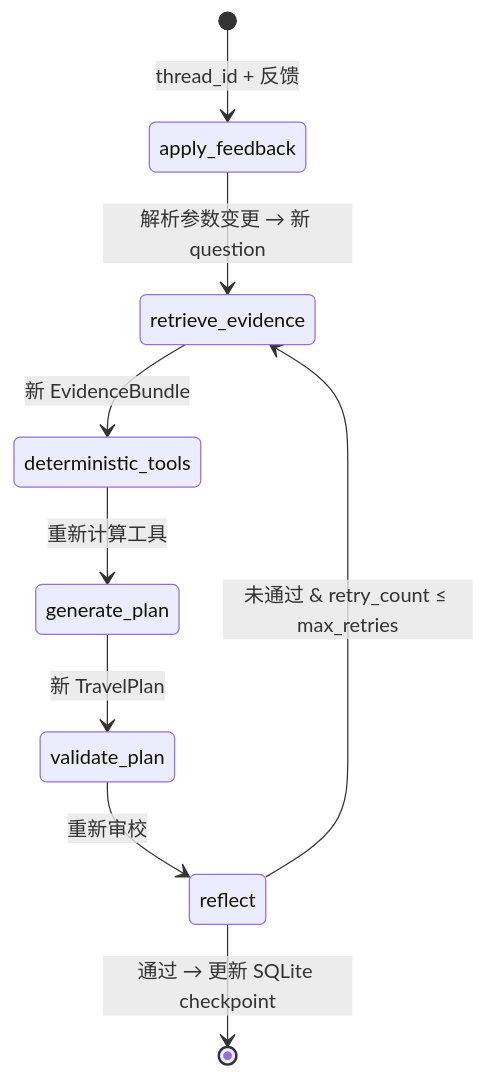
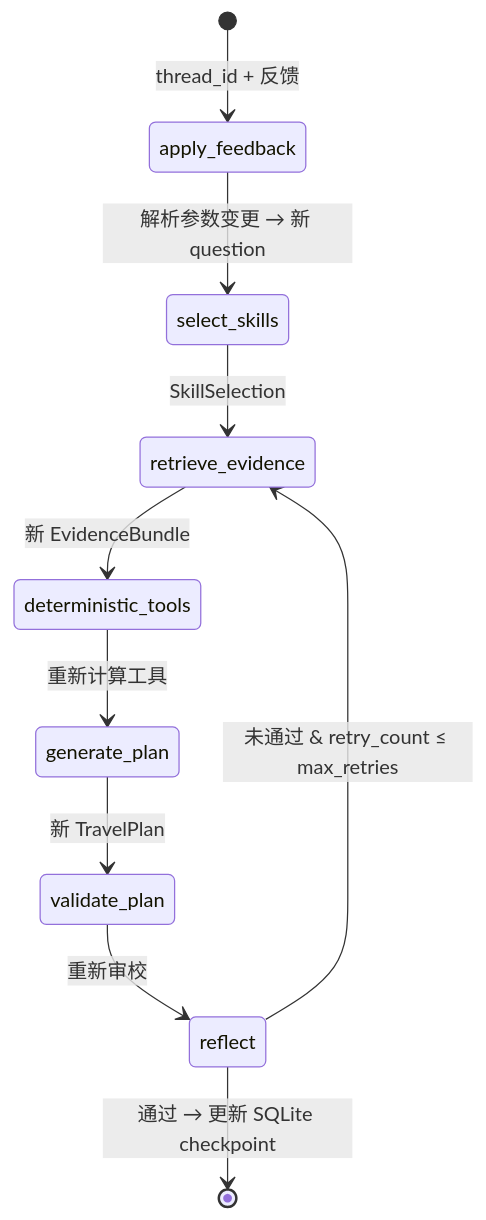
One commit to camellia-ssj/travel-planner-agent changed the third of 4 diagrams in README.md. Above: the diagram before and after it, drawn with Mermaid. The commit also changed other lines of this file and 45 other files, not shown here.

````diff
--- a/README.md
+++ b/README.md
@@ -139,11 +147,12 @@
 ```mermaid
 stateDiagram-v2
     [*] --> apply_feedback: thread_id + 反馈
-    apply_feedback --> retrieve_evidence: 解析参数变更 → 新 question
+    apply_feedback --> select_skills: 解析参数变更 → 新 question
+    select_skills --> retrieve_evidence: SkillSelection
     retrieve_evidence --> deterministic_tools: 新 EvidenceBundle
     deterministic_tools --> generate_plan: 重新计算工具
     generate_plan --> validate_plan: 新 TravelPlan
     validate_plan --> reflect: 重新审校
     reflect --> [*]: 通过 → 更新 SQLite checkpoint
     reflect --> retrieve_evidence: 未通过 & retry_count ≤ max_retries
 ```
````
